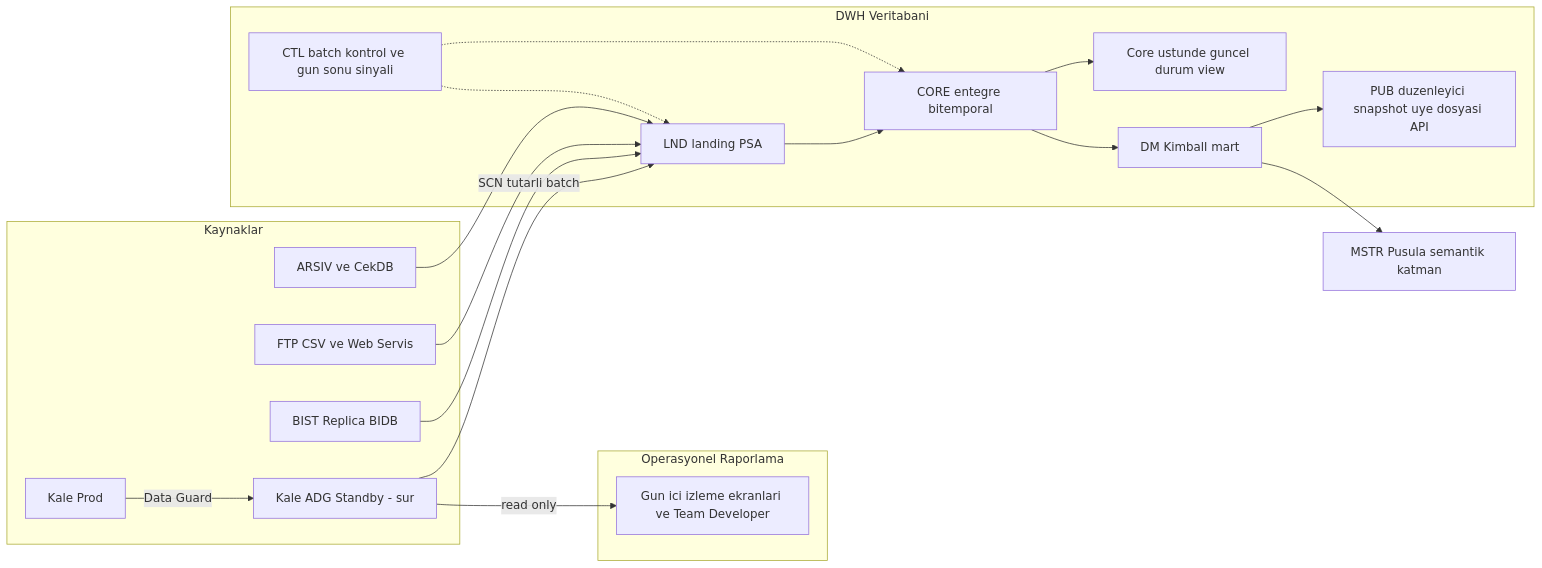
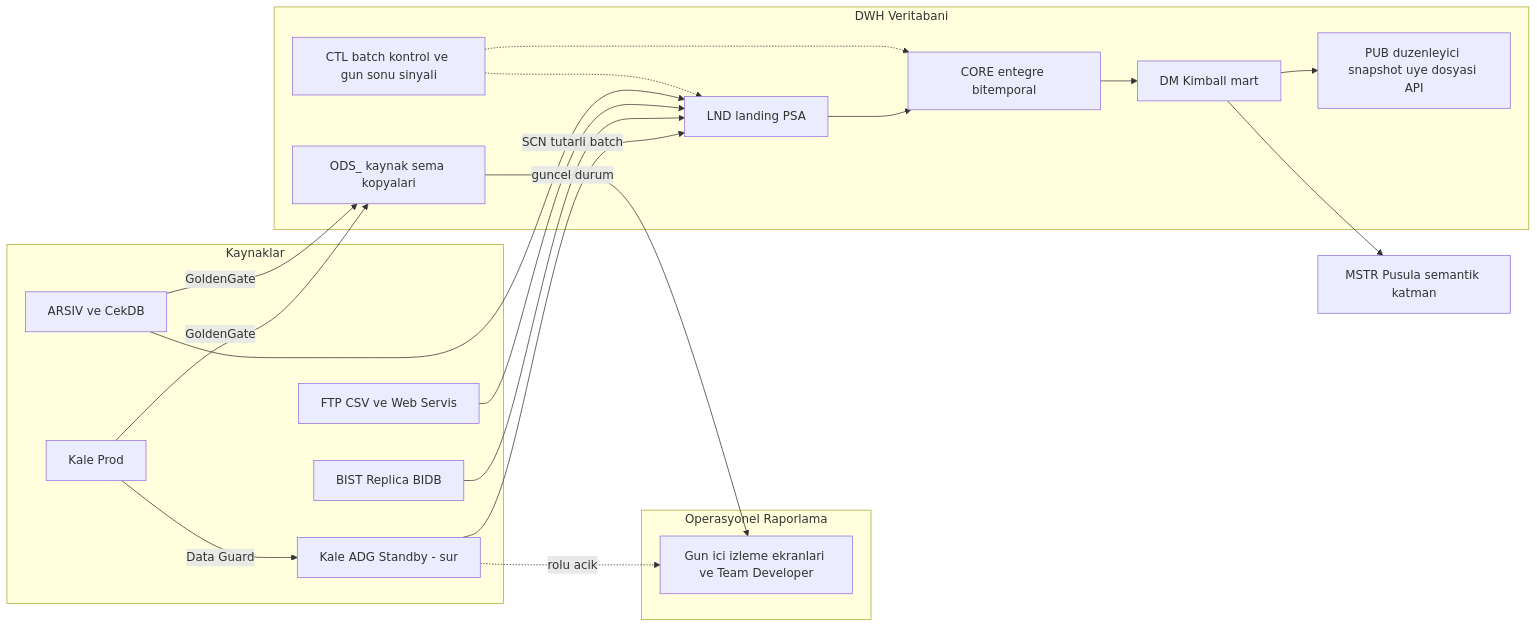
Before and after one commit to hanifidemirel0/Cursor-Projects: the diagram in Obsidian Vault/Kendi Notlarım/Başlangıç Yaklaşımı.md, drawn with Mermaid. The commit also changed other lines of this file and 7 other files, not shown here.

Commit message:
Record ODS decision: ODS_ schemas inside DWH fed by GoldenGate

````diff
--- a/Obsidian Vault/Kendi Notlarım/Başlangıç Yaklaşımı.md
+++ b/Obsidian Vault/Kendi Notlarım/Başlangıç Yaklaşımı.md
@@ -46,32 +46,34 @@
 ```mermaid
 flowchart LR
     subgraph src [Kaynaklar]
         Kale[Kale Prod]
         Standby[Kale ADG Standby - sur]
         Bidb[BIST Replica BIDB]
         Files[FTP CSV ve Web Servis]
         Arsiv[ARSIV ve CekDB]
     end
     subgraph ops [Operasyonel Raporlama]
         Izleme[Gun ici izleme ekranlari ve Team Developer]
     end
     subgraph dwh [DWH Veritabani]
+        Ods[ODS_ kaynak sema kopyalari]
         Ctl[CTL batch kontrol ve gun sonu sinyali]
         Lnd[LND landing PSA]
         Core[CORE entegre bitemporal]
-        Cur[Core ustunde guncel durum view]
         Dm[DM Kimball mart]
         Pub[PUB duzenleyici snapshot uye dosyasi API]
     end
     Kale -->|Data Guard| Standby
-    Standby -->|read only| Izleme
+    Kale -->|GoldenGate| Ods
+    Arsiv -->|GoldenGate| Ods
+    Ods -->|guncel durum| Izleme
+    Standby -.->|rolu acik| Izleme
     Standby -->|SCN tutarli batch| Lnd
     Bidb --> Lnd
     Files --> Lnd
     Arsiv --> Lnd
     Lnd --> Core --> Dm --> Pub
-    Core --> Cur
     Dm --> MSTR[MSTR Pusula semantik katman]
     Ctl -.-> Lnd
     Ctl -.-> Core
 ```
````
